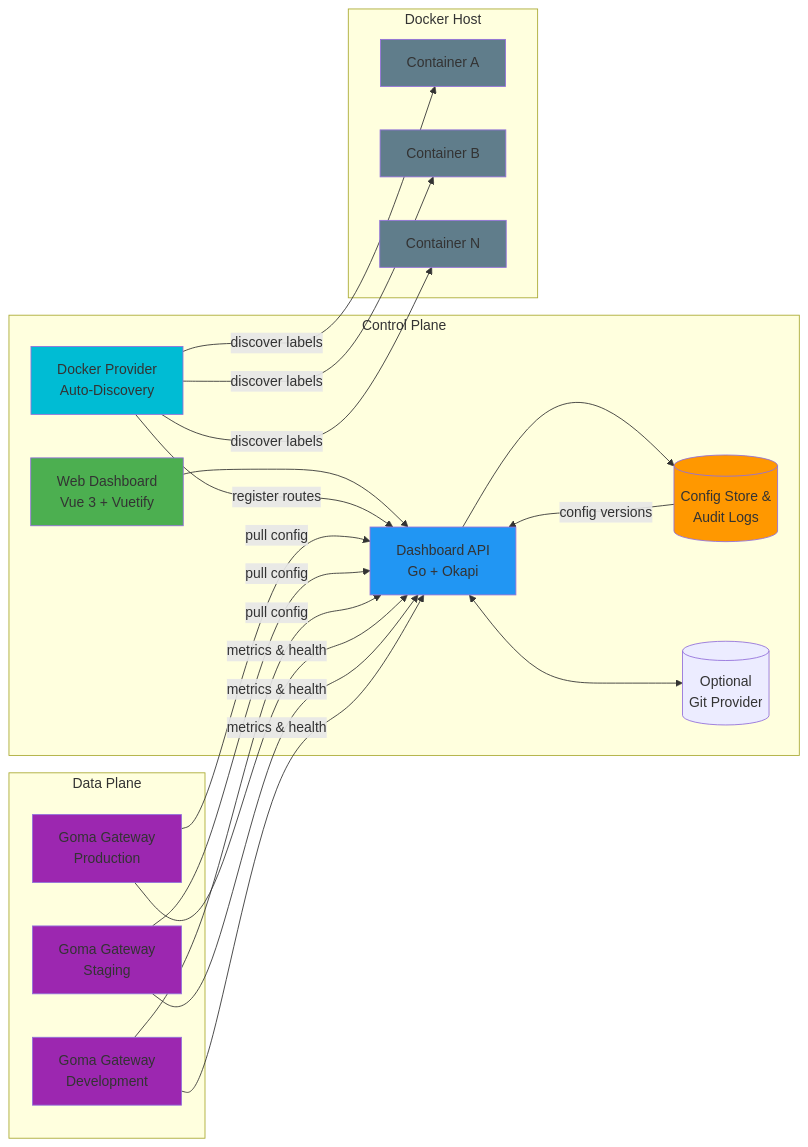
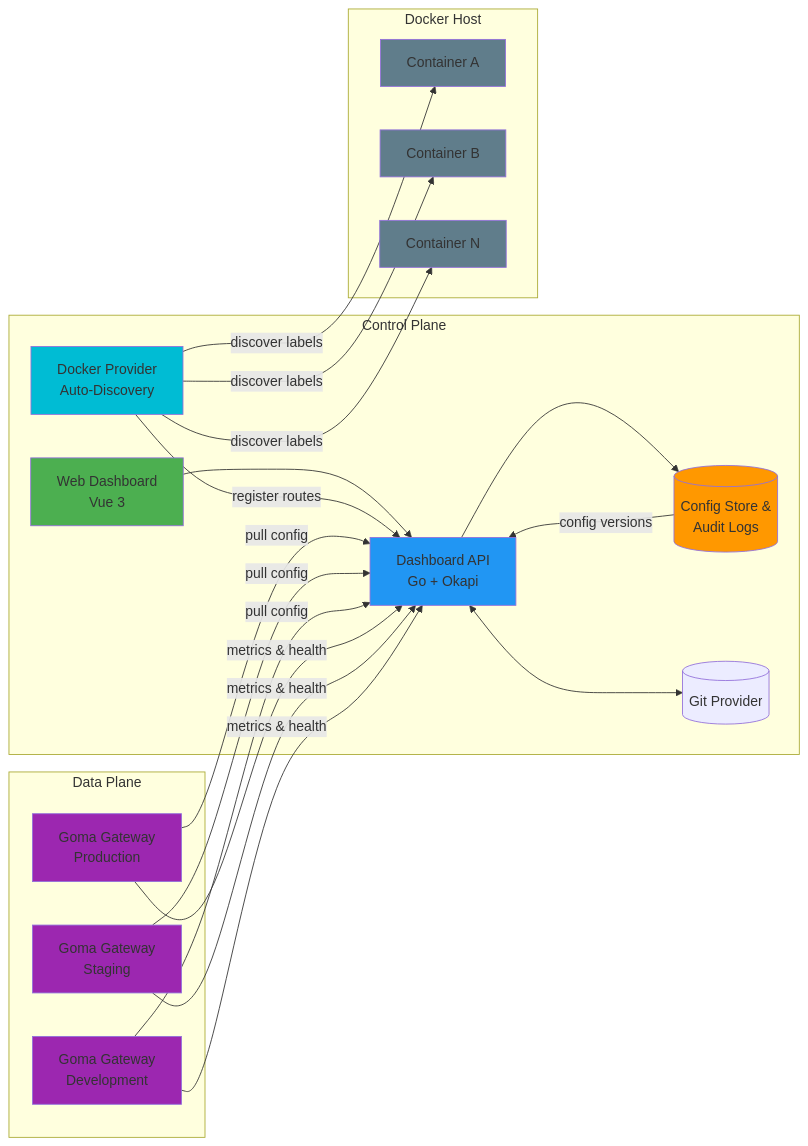
One commit to jkaninda/goma-admin changed the diagram in README.md. Above: the diagram before and after it, drawn with Mermaid. The commit also changed 2 other files, not shown here.

````diff
--- a/README.md
+++ b/README.md
@@ -48,51 +48,51 @@
 ```mermaid
 graph LR
     subgraph Control Plane
-        UI[Web Dashboard<br/>Vue 3 + Vuetify]
+        UI[Web Dashboard<br/>Vue 3]
         API[Dashboard API<br/>Go + Okapi]
         DB[(Config Store &<br/>Audit Logs)]
-        Git[(Optional<br/>Git Provider)]
+        Git[(Git Provider)]
         DP[Docker Provider<br/>Auto-Discovery]
     end
 
     subgraph Data Plane
         GW1[Goma Gateway<br/>Production]
         GW2[Goma Gateway<br/>Staging]
         GW3[Goma Gateway<br/>Development]
     end
 
     subgraph Docker Host
         DC1[Container A]
         DC2[Container B]
         DC3[Container N]
     end
 
     UI --> API
     API --> DB
     API <--> Git
     DB -->|config versions| API
 
     DP -->|discover labels| DC1
     DP -->|discover labels| DC2
     DP -->|discover labels| DC3
     DP -->|register routes| API
 
     GW1 -->|pull config| API
     GW2 -->|pull config| API
     GW3 -->|pull config| API
 
     GW1 -->|metrics & health| API
     GW2 -->|metrics & health| API
     GW3 -->|metrics & health| API
 
     style UI fill:#4CAF50
     style API fill:#2196F3
     style DB fill:#FF9800
     style DP fill:#00BCD4
     style GW1 fill:#9C27B0
     style GW2 fill:#9C27B0
     style GW3 fill:#9C27B0
     style DC1 fill:#607D8B
     style DC2 fill:#607D8B
     style DC3 fill:#607D8B
 ```
````
